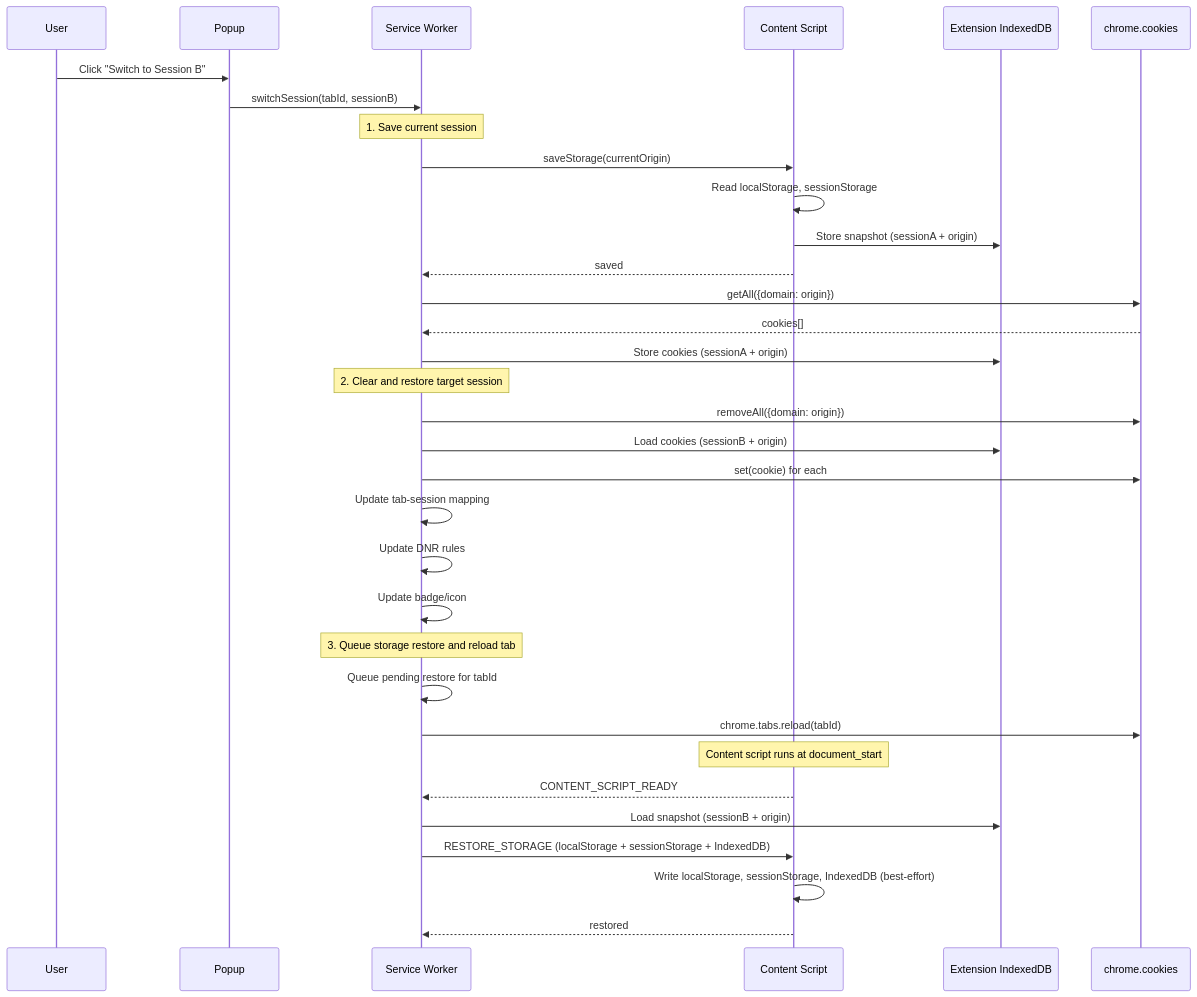
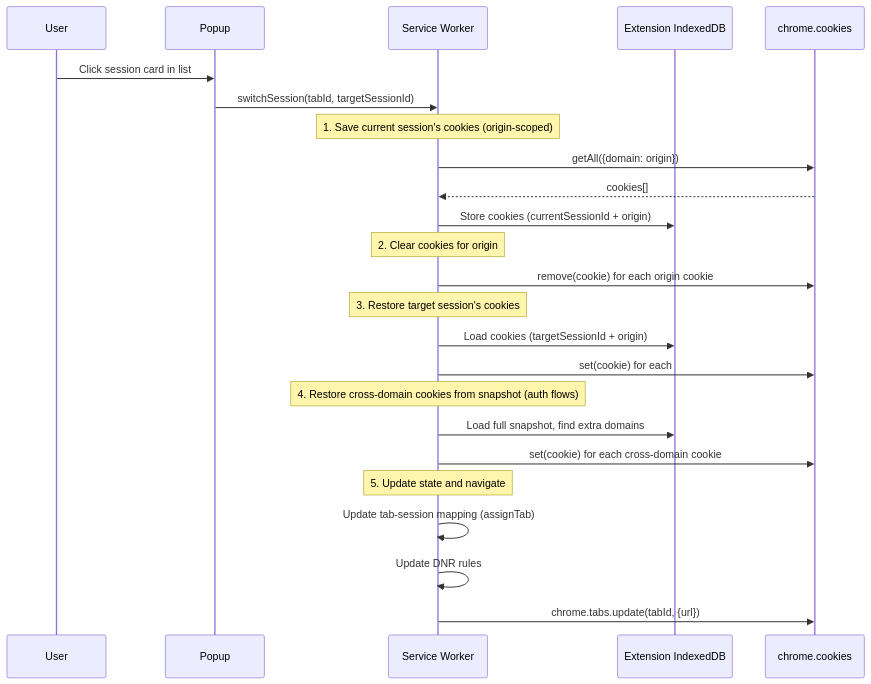
Before and after one commit to msaidbilgehan/unaware-sessions-browser-extension: the second of 3 diagrams in Docs/2-Product-Specifications.md, drawn with Mermaid. The commit also changed other lines of this file and 3 other files, not shown here.

First line of the commit message:
docs: align all project docs with current codebase

````diff
--- a/Docs/2-Product-Specifications.md
+++ b/Docs/2-Product-Specifications.md
@@ -158,42 +162,32 @@
 ```mermaid
 sequenceDiagram
     participant U as User
     participant P as Popup
     participant SW as Service Worker
-    participant CS as Content Script
     participant DB as Extension IndexedDB
     participant API as chrome.cookies
 
-    U->>P: Click "Switch to Session B"
-    P->>SW: switchSession(tabId, sessionB)
+    U->>P: Click session card in list
+    P->>SW: switchSession(tabId, targetSessionId)
     
-    Note over SW: 1. Save current session
-    SW->>CS: saveStorage(currentOrigin)
-    CS->>CS: Read localStorage, sessionStorage
-    CS->>DB: Store snapshot (sessionA + origin)
-    CS-->>SW: saved
-    
+    Note over SW: 1. Save current session's cookies (origin-scoped)
     SW->>API: getAll({domain: origin})
     API-->>SW: cookies[]
-    SW->>DB: Store cookies (sessionA + origin)
+    SW->>DB: Store cookies (currentSessionId + origin)
     
-    Note over SW: 2. Clear and restore target session
-    SW->>API: removeAll({domain: origin})
-    SW->>DB: Load cookies (sessionB + origin)
+    Note over SW: 2. Clear cookies for origin
+    SW->>API: remove(cookie) for each origin cookie
+    
+    Note over SW: 3. Restore target session's cookies
+    SW->>DB: Load cookies (targetSessionId + origin)
     SW->>API: set(cookie) for each
     
-    SW->>SW: Update tab-session mapping
+    Note over SW: 4. Restore cross-domain cookies from snapshot (auth flows)
+    SW->>DB: Load full snapshot, find extra domains
+    SW->>API: set(cookie) for each cross-domain cookie
+    
+    Note over SW: 5. Update state and navigate
+    SW->>SW: Update tab-session mapping (assignTab)
     SW->>SW: Update DNR rules
-    SW->>SW: Update badge/icon
-    
-    Note over SW: 3. Queue storage restore and reload tab
-    SW->>SW: Queue pending restore for tabId
-    SW->>API: chrome.tabs.reload(tabId)
-    
-    Note over CS: Content script runs at document_start
-    CS-->>SW: CONTENT_SCRIPT_READY
-    SW->>DB: Load snapshot (sessionB + origin)
-    SW->>CS: RESTORE_STORAGE (localStorage + sessionStorage + IndexedDB)
-    CS->>CS: Write localStorage, sessionStorage, IndexedDB (best-effort)
-    CS-->>SW: restored
+    SW->>API: chrome.tabs.update(tabId, {url})
 ```
````
